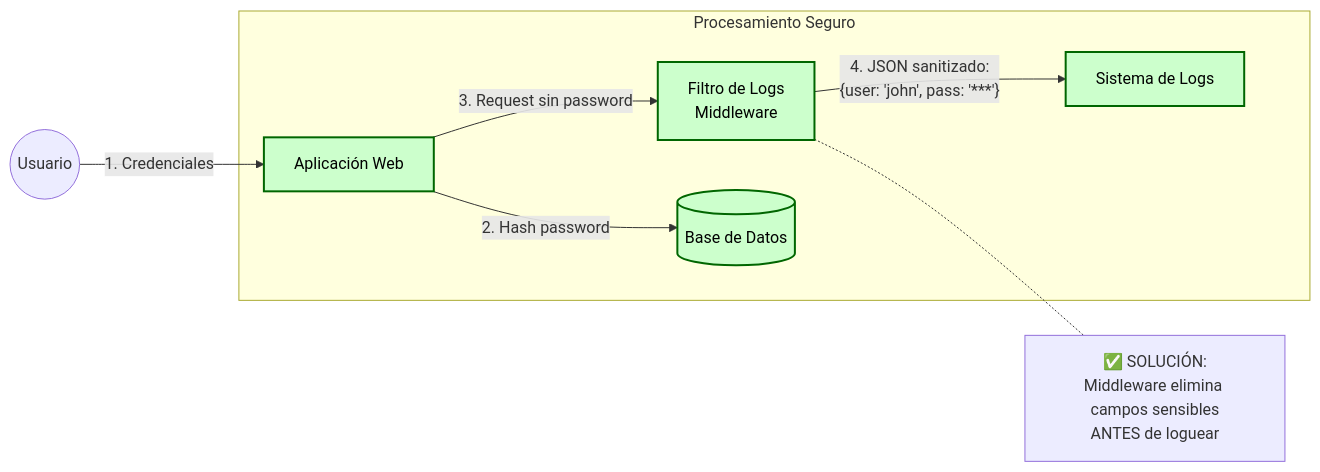
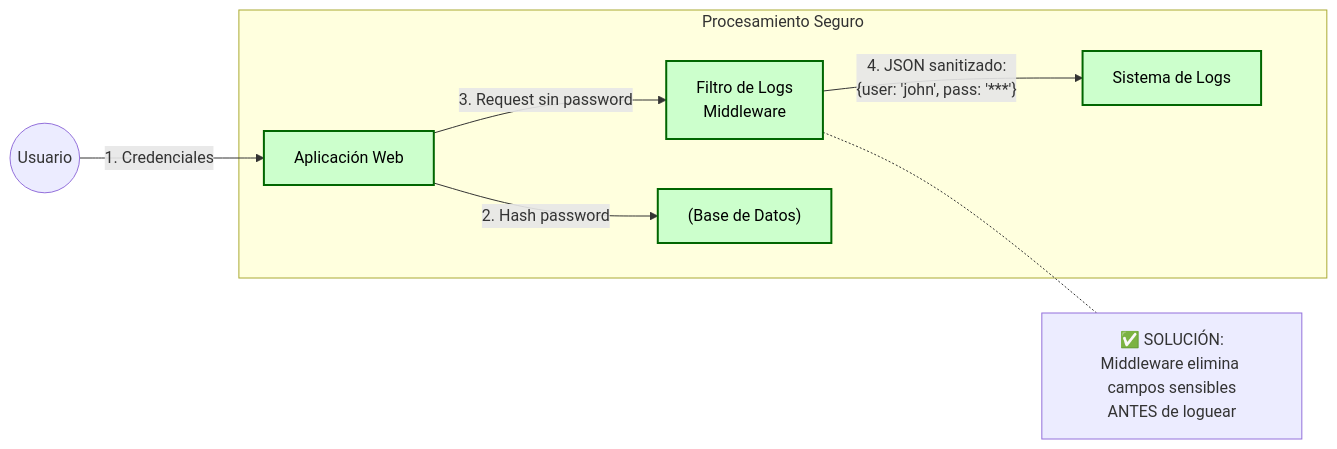
Before and after one commit to santosdevco/all_as_code: the second of 3 diagrams in docs/all-as-code/03_seguridad.md, drawn with Mermaid. The commit also changed other lines of this file and 77 other files, not shown here.

````diff
--- a/docs/all-as-code/03_seguridad.md
+++ b/docs/all-as-code/03_seguridad.md
@@ -127,24 +133,24 @@
     ```mermaid
     graph LR
         User((Usuario))
-        WebApp[Aplicación Web]
-        Sanitizer[Filtro de Logs<br/>Middleware]
-        LogSys[Sistema de Logs]
-        DB[(Base de Datos)]
+        WebApp["Aplicación Web"]
+        Sanitizer["Filtro de Logs<br/>Middleware"]
+        LogSys["Sistema de Logs"]
+        DB["(Base de Datos)"]
         
         classDef safe fill:#ccffcc,stroke:#006600,stroke-width:2px,color:#000;
         classDef neutral fill:#e0e0e0,stroke:#666,color:#000;
         
         User -- "1. Credenciales" --> WebApp
         
         subgraph "Procesamiento Seguro"
             WebApp -- "2. Hash password" --> DB
             WebApp -- "3. Request sin password" --> Sanitizer
             Sanitizer -- "4. JSON sanitizado:<br/>{user: 'john', pass: '***'}" --> LogSys
         end
         
-        Note[✅ SOLUCIÓN:<br/>Middleware elimina campos sensibles<br/>ANTES de loguear]
+        Note["✅ SOLUCIÓN:<br/>Middleware elimina campos sensibles<br/>ANTES de loguear"]
         Sanitizer -.- Note
         
         class WebApp,Sanitizer,DB,LogSys safe;
     ```
````
